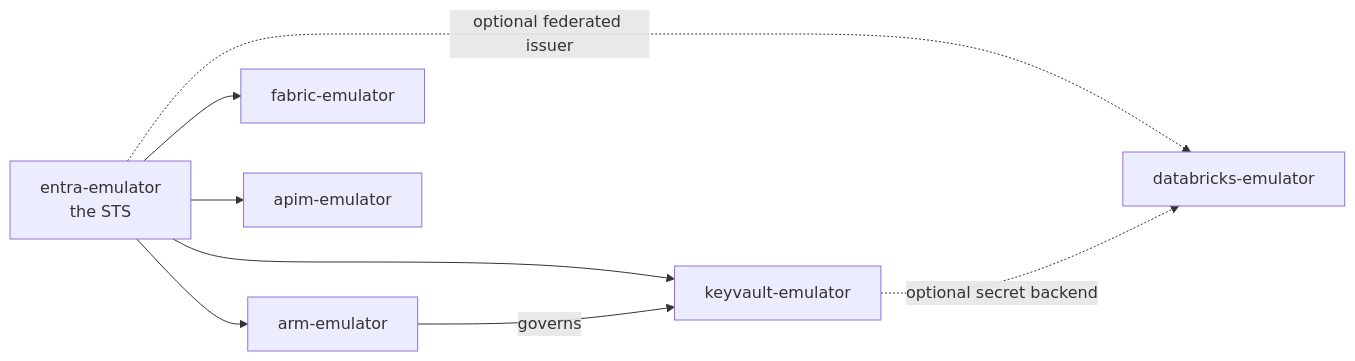
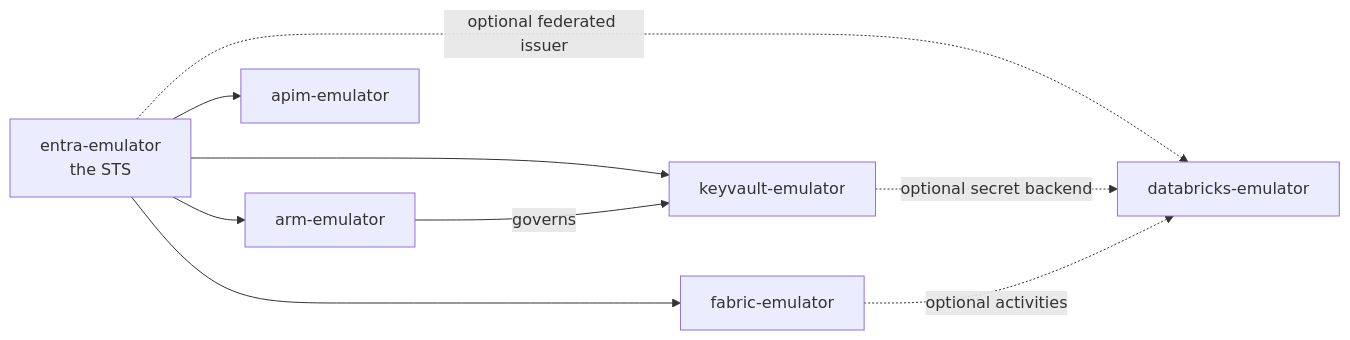
Before and after one commit to calvinchengx/azure-emulators: the diagram in docs/02-the-family.md, drawn with Mermaid. The commit also changed other lines of this file and 7 other files, not shown here.

````diff
--- a/docs/02-the-family.md
+++ b/docs/02-the-family.md
@@ -17,16 +17,17 @@
 ```mermaid
 graph LR
   entra[entra-emulator<br/>the STS]
   arm[arm-emulator]
   kv[keyvault-emulator]
   fabric[fabric-emulator]
   apim[apim-emulator]
   dbx[databricks-emulator]
   entra --> arm
   entra --> kv
   entra --> fabric
   entra --> apim
   entra -.->|optional federated issuer| dbx
   kv -.->|optional secret backend| dbx
+  fabric -.->|optional activities| dbx
   arm -->|governs| kv
 ```
````
